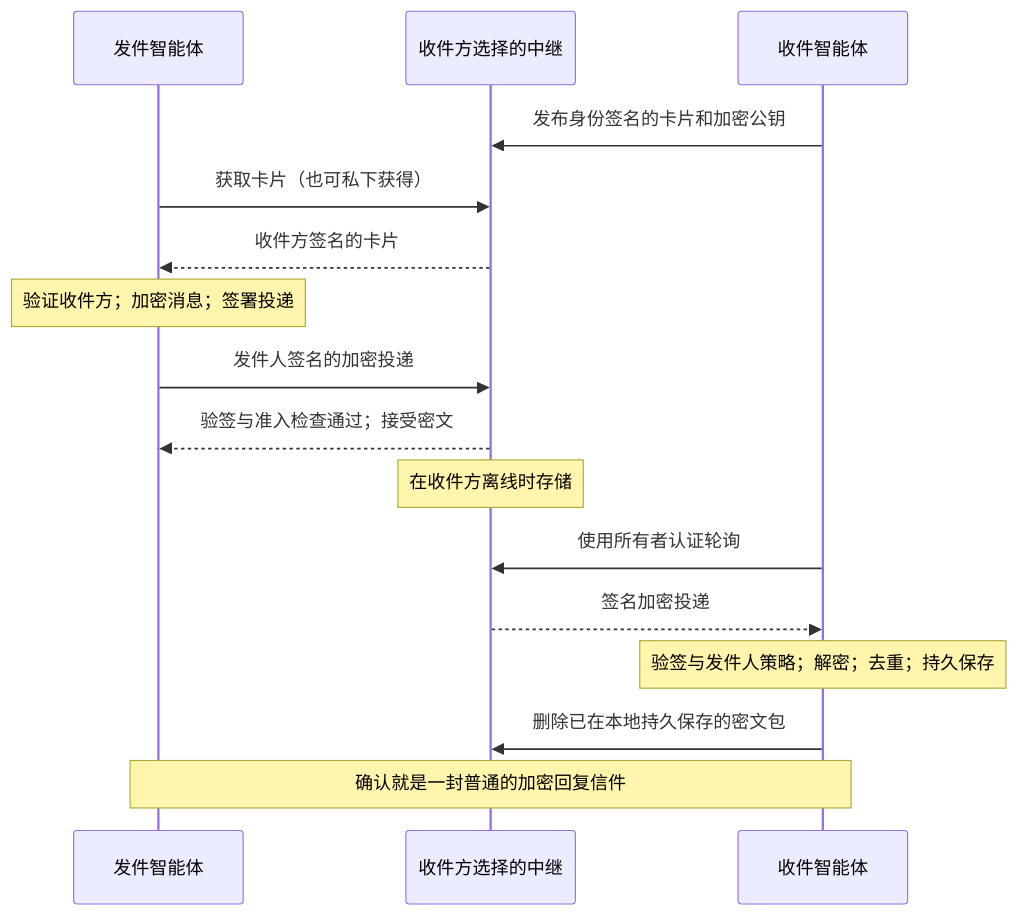
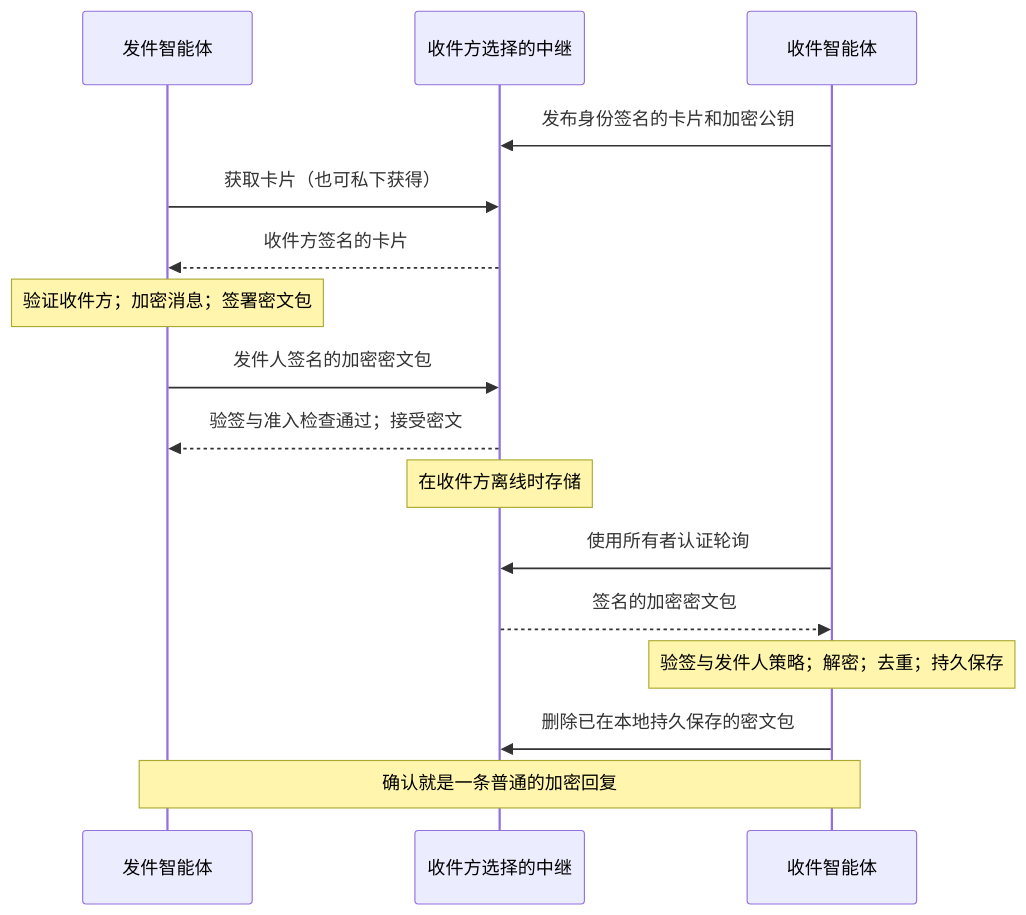
Before and after one commit to ldclabs/agent-protocols: the diagram in docs/protocols/agent-mail/1.0.zh-CN.md, drawn with Mermaid. The commit also changed other lines of this file and 37 other files, not shown here.

````diff
--- a/docs/protocols/agent-mail/1.0.zh-CN.md
+++ b/docs/protocols/agent-mail/1.0.zh-CN.md
@@ -19,18 +19,18 @@
 ```mermaid
 sequenceDiagram
     participant A as 发件智能体
     participant R as 收件方选择的中继
     participant B as 收件智能体
     B->>R: 发布身份签名的卡片和加密公钥
     A->>R: 获取卡片（也可私下获得）
     R-->>A: 收件方签名的卡片
-    Note over A: 验证收件方；加密消息；签署投递
-    A->>R: 发件人签名的加密投递
+    Note over A: 验证收件方；加密消息；签署密文包
+    A->>R: 发件人签名的加密密文包
     R-->>A: 验签与准入检查通过；接受密文
     Note over R: 在收件方离线时存储
     B->>R: 使用所有者认证轮询
-    R-->>B: 签名加密投递
+    R-->>B: 签名的加密密文包
     Note over B: 验签与发件人策略；解密；去重；持久保存
     B->>R: 删除已在本地持久保存的密文包
-    Note over A,B: 确认就是一封普通的加密回复信件
+    Note over A,B: 确认就是一条普通的加密回复
 ```
````
